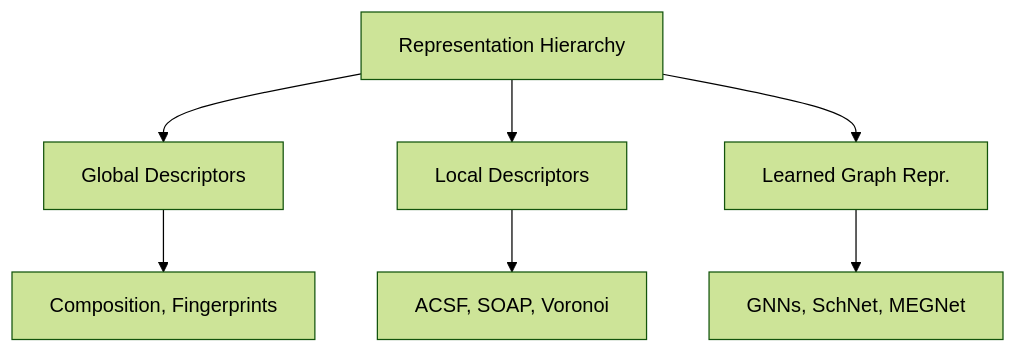
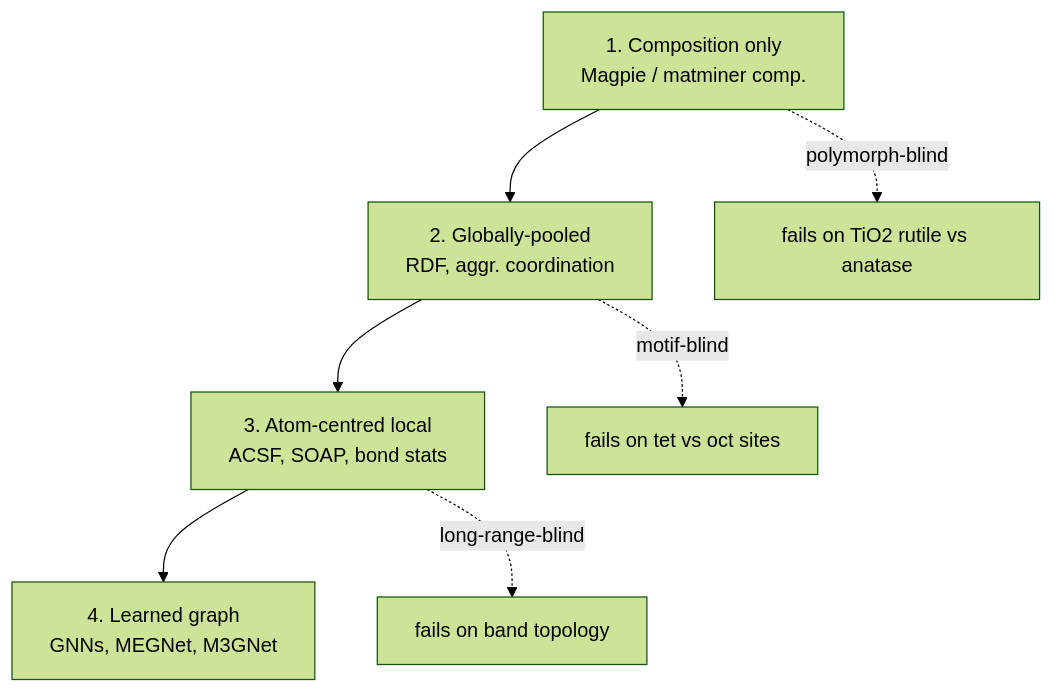
Before and after one commit to ECLIPSE-Lab/public_presentations: the first of 3 diagrams in materials_genomics/06_local_atomic_envs/01_intro.qmd, drawn with Mermaid (forest theme). The commit also changed other lines of this file and 111 other files, not shown here.

````diff
--- a/materials_genomics/06_local_atomic_envs/01_intro.qmd
+++ b/materials_genomics/06_local_atomic_envs/01_intro.qmd
@@ -63,11 +146,11 @@
 ```{mermaid}
 graph TD
-    Root[Representation Hierarchy]
-    Root --> Global[Global Descriptors]
-    Root --> Local[Local Descriptors]
-    Root --> Graph[Learned Graph Repr.]
-    
-    Global --> GlobalEx[Composition, Fingerprints]
-    Local --> LocalEx[ACSF, SOAP, Voronoi]
-    Graph --> GraphEx[GNNs, SchNet, MEGNet]
+    L1[1. Composition only<br/>Magpie / matminer comp.]
+    L2[2. Globally-pooled<br/>RDF, aggr. coordination]
+    L3[3. Atom-centred local<br/>ACSF, SOAP, bond stats]
+    L4[4. Learned graph<br/>GNNs, MEGNet, M3GNet]
+    L1 --> L2 --> L3 --> L4
+    L1 -.->|"polymorph-blind"| F1[fails on TiO2 rutile vs anatase]
+    L2 -.->|"motif-blind"| F2[fails on tet vs oct sites]
+    L3 -.->|"long-range-blind"| F3[fails on band topology]
 ```
````
